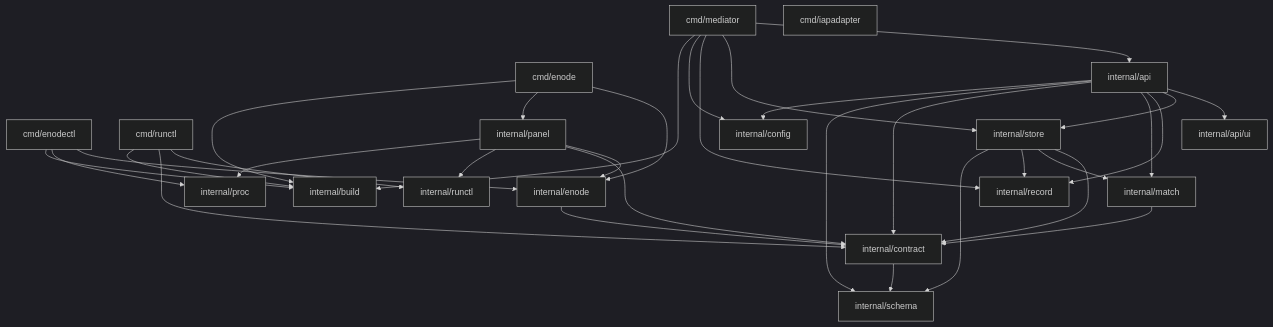
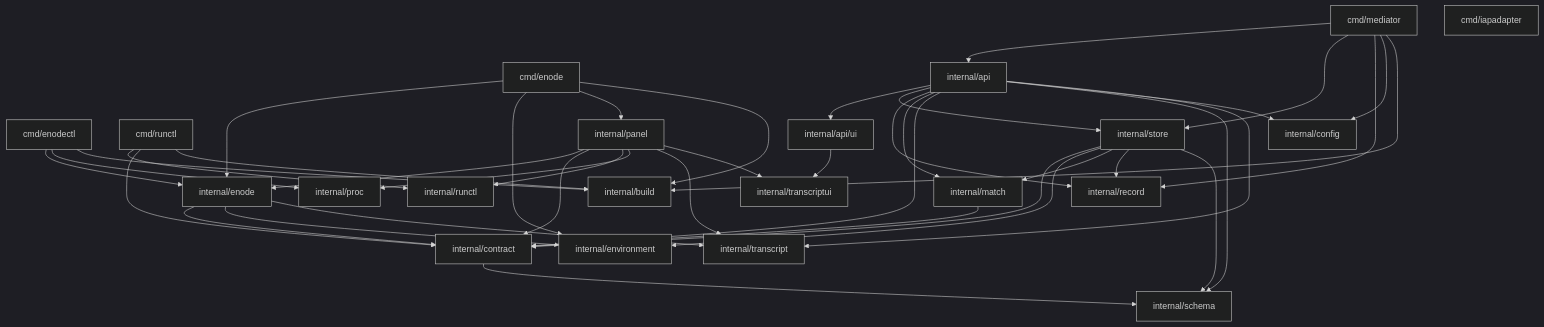
The diagram in aidlc-docs/inception/reverse-engineering/dependencies.md (taeels/enode-fixup-project), drawn with Mermaid (dark theme) before and after one commit. The commit also changed other lines of this file and 10 other files, not shown here.

````diff
--- a/aidlc-docs/inception/reverse-engineering/dependencies.md
+++ b/aidlc-docs/inception/reverse-engineering/dependencies.md
@@ -10,54 +10,65 @@
 ```mermaid
 graph TD
     cmdmediator["cmd/mediator"]
     cmdenode["cmd/enode"]
     cmdenodectl["cmd/enodectl"]
     cmdrunctl["cmd/runctl"]
     cmdiap["cmd/iapadapter"]
     api["internal/api"]
     ui["internal/api/ui"]
     store["internal/store"]
     record["internal/record"]
     match["internal/match"]
     contract["internal/contract"]
     schema["internal/schema"]
     config["internal/config"]
     enode["internal/enode"]
+    environment["internal/environment"]
     panel["internal/panel"]
     runctl["internal/runctl"]
     proc["internal/proc"]
     build["internal/build"]
+    transcript["internal/transcript"]
+    transcriptui["internal/transcriptui"]
 
     cmdmediator --> api
     cmdmediator --> store
     cmdmediator --> record
     cmdmediator --> config
     cmdmediator --> build
     cmdenode --> enode
+    cmdenode --> environment
     cmdenode --> panel
     cmdenode --> build
     cmdenodectl --> enode
     cmdenodectl --> proc
     cmdenodectl --> build
     cmdrunctl --> runctl
     cmdrunctl --> contract
     cmdrunctl --> build
     api --> ui
     api --> store
     api --> record
     api --> match
     api --> contract
     api --> schema
     api --> config
+    api --> transcript
+    ui --> transcriptui
     store --> contract
+    store --> environment
     store --> match
     store --> record
     store --> schema
     contract --> schema
     match --> contract
     enode --> contract
+    enode --> environment
+    enode --> transcript
     panel --> enode
     panel --> contract
     panel --> runctl
     panel --> proc
+    panel --> transcript
+    panel --> transcriptui
 ```
````
